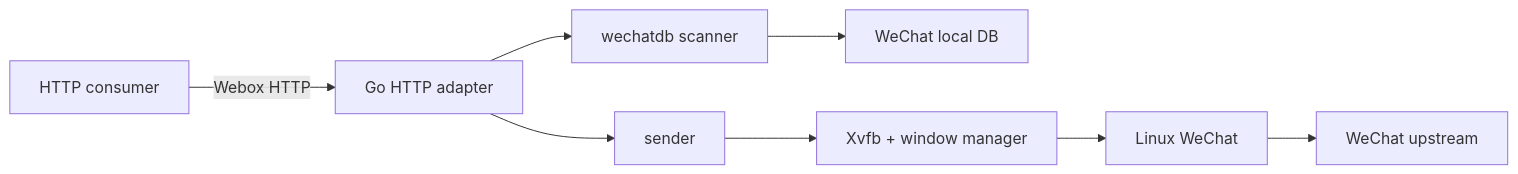
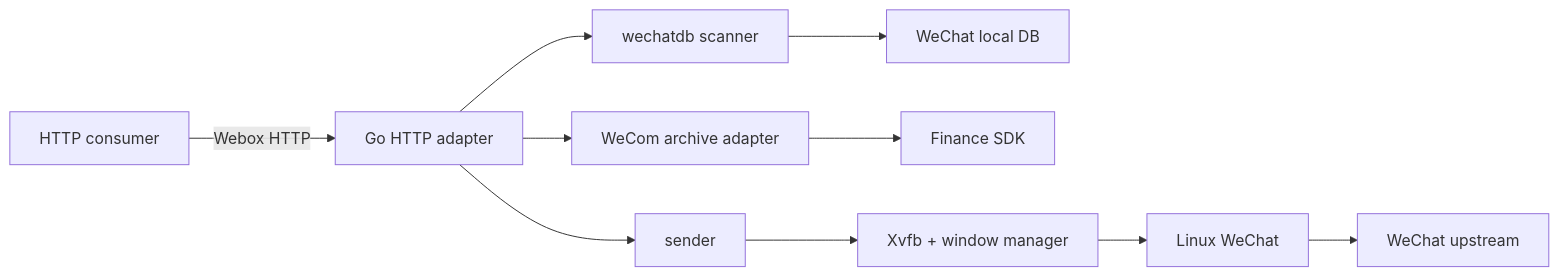
Before and after one commit to netcat-ai/webox: the diagram in docs/architecture.md, drawn with Mermaid. The commit also changed other lines of this file and 21 other files, not shown here.

Commit message:
feat: add WeCom archive message source

````diff
--- a/docs/architecture.md
+++ b/docs/architecture.md
@@ -17,10 +17,12 @@
 ```mermaid
 flowchart LR
   Consumer["HTTP consumer"] -->|"Webox HTTP"| Adapter["Go HTTP adapter"]
   Adapter --> DBScanner["wechatdb scanner"]
   DBScanner --> WXDB["WeChat local DB"]
+  Adapter --> Archive["WeCom archive adapter"]
+  Archive --> Finance["Finance SDK"]
   Adapter --> UISender["sender"]
   UISender --> Display["Xvfb + window manager"]
   Display --> WeChat["Linux WeChat"]
   WeChat --> WXNet["WeChat upstream"]
 ```
````
